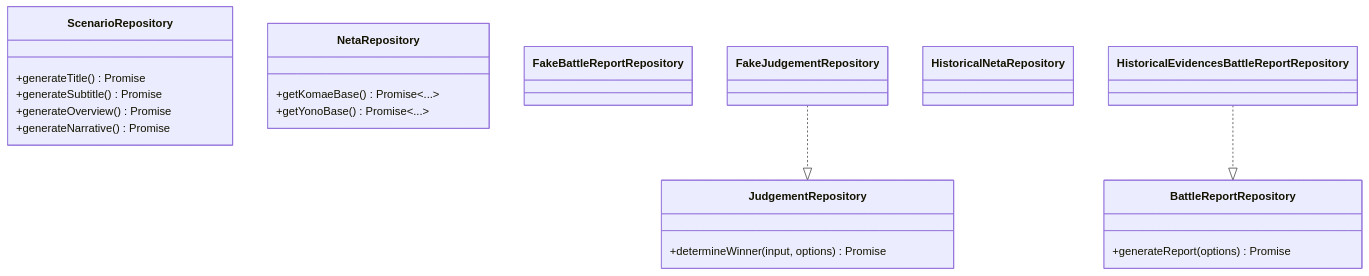
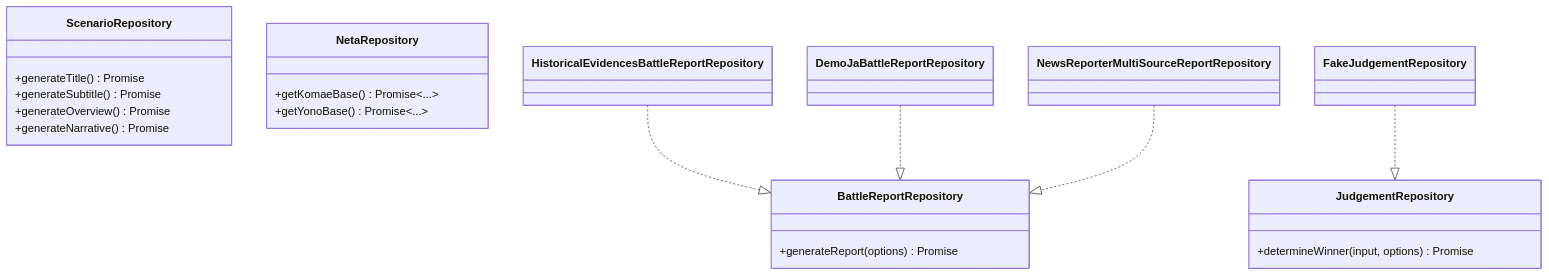
One commit to F88/yonokomae changed the third of 3 diagrams in docs/DEVELOPMENT_EN.md. Above: the diagram before and after it, drawn with Mermaid. The commit also changed other lines of this file and 5 other files, not shown here.

Commit message:
refactor: update documentation and repository structure for historical evidence and play modes

````diff
--- a/docs/DEVELOPMENT_EN.md
+++ b/docs/DEVELOPMENT_EN.md
@@ -159,26 +159,29 @@
 ```mermaid
 classDiagram
   class BattleReportRepository {
     +generateReport(options) Promise<Battle>
   }
   class JudgementRepository {
     +determineWinner(input, options) Promise<Verdict>
   }
   class ScenarioRepository {
     +generateTitle() Promise<string>
     +generateSubtitle() Promise<string>
     +generateOverview() Promise<string>
     +generateNarrative() Promise<string>
   }
   class NetaRepository {
     +getKomaeBase() Promise<...>
     +getYonoBase() Promise<...>
   }
-  class FakeBattleReportRepository
+  class HistoricalEvidencesBattleReportRepository
   class FakeJudgementRepository
-  class HistoricalNetaRepository
+  class DemoJaBattleReportRepository
+  class NewsReporterMultiSourceReportRepository
 
   HistoricalEvidencesBattleReportRepository ..|> BattleReportRepository
+  DemoJaBattleReportRepository ..|> BattleReportRepository
+  NewsReporterMultiSourceReportRepository ..|> BattleReportRepository
   FakeJudgementRepository ..|> JudgementRepository
   %% NetaRepository currently provided by random-data seeds via helper functions
 ```
````
